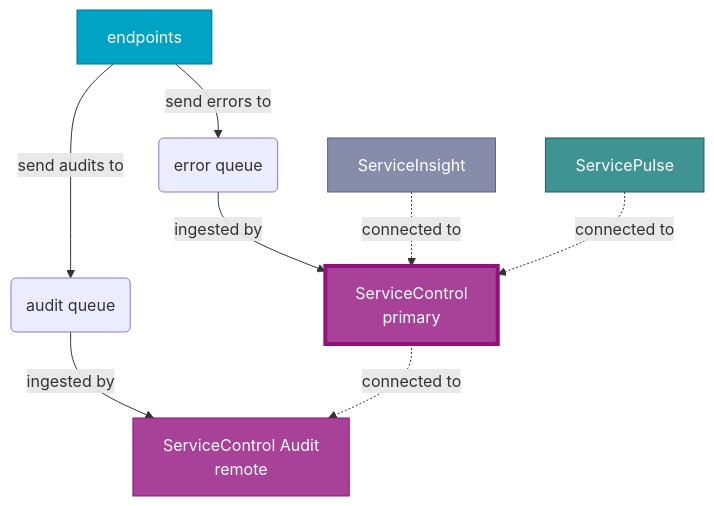
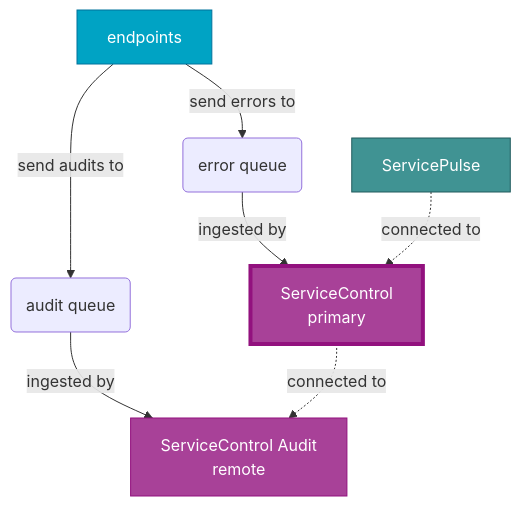
One commit to Particular/docs.particular.net changed the first of 5 diagrams in servicecontrol/servicecontrol-instances/remotes.md. Above: the diagram before and after it, drawn with Mermaid. The commit also changed other lines of this file and 22 other files, not shown here.

First line of the commit message:
Remove ServiceInsight from /transports, /servicepulse and /servicecontrol docs (#7979)

````diff
--- a/servicecontrol/servicecontrol-instances/remotes.md
+++ b/servicecontrol/servicecontrol-instances/remotes.md
@@ -25,25 +25,22 @@
 ```mermaid
 graph TD
 Endpoints[endpoints] -- send audits to --> AuditQueue(audit queue)
 
 Endpoints -- send errors to --> ErrorQueue(error queue)
 
 ErrorQueue -- ingested by --> ServiceControl[ServiceControl<br/>primary]
-ServiceInsight -. connected to .-> ServiceControl
 ServicePulse -. connected to .-> ServiceControl
 
 AuditQueue -- ingested by --> ServiceControlAudit[ServiceControl Audit<br/>remote]
 ServiceControl -. connected to .-> ServiceControlAudit
 
 classDef Endpoints fill:#00A3C4,stroke:#00729C,color:#FFFFFF
-classDef ServiceInsight fill:#878CAA,stroke:#585D80,color:#FFFFFF
 classDef ServicePulse fill:#409393,stroke:#205B5D,color:#FFFFFF
 classDef ServiceControlPrimary fill:#A84198,stroke:#92117E,color:#FFFFFF,stroke-width:4px
 classDef ServiceControlRemote fill:#A84198,stroke:#92117E,color:#FFFFFF
 
 class Endpoints Endpoints
-class ServiceInsight ServiceInsight
 class ServicePulse ServicePulse
 class ServiceControl ServiceControlPrimary
 class ServiceControlAudit ServiceControlRemote
 ```
````
